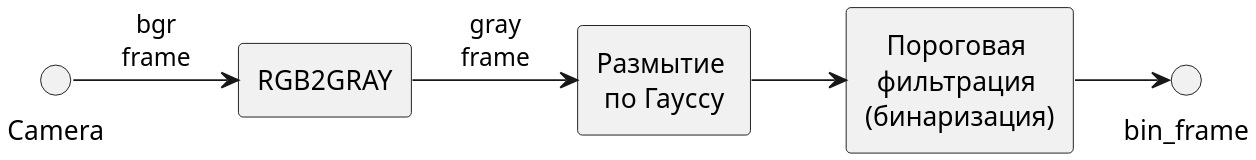
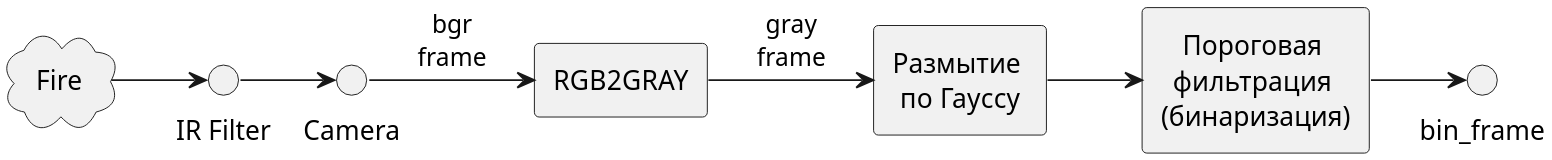
The diagram in firedetection-101/lecture/src/diagrams/image-processing-pipeline.puml (volodink/aes-uav-101), drawn with PlantUML before and after one commit. The commit also changed 105 other files, not shown here.

```diff
--- a/firedetection-101/lecture/src/diagrams/image-processing-pipeline.puml
+++ b/firedetection-101/lecture/src/diagrams/image-processing-pipeline.puml
@@ -1,17 +1,21 @@
 @startuml image-processing-pipeline
 skinparam defaultTextAlignment center
 skinparam dpi 270
 skinparam nodesep 50
 
 ' left to right direction
 
+cloud "Fire" as FIRE
+circle "IR Filter" as Filter
 rectangle "RGB2GRAY" as GRAY
 rectangle "Размытие \nпо Гауссу" as GAUSS
 rectangle "Пороговая \nфильтрация \n(бинаризация)" as THRESHOLD
 
+FIRE -> Filter
+Filter -> Camera
 Camera -> GRAY: "bgr\nframe"
 GRAY -> GAUSS: "gray\nframe"
 GAUSS -> THRESHOLD
 THRESHOLD -> bin_frame
 
 @enduml
```
